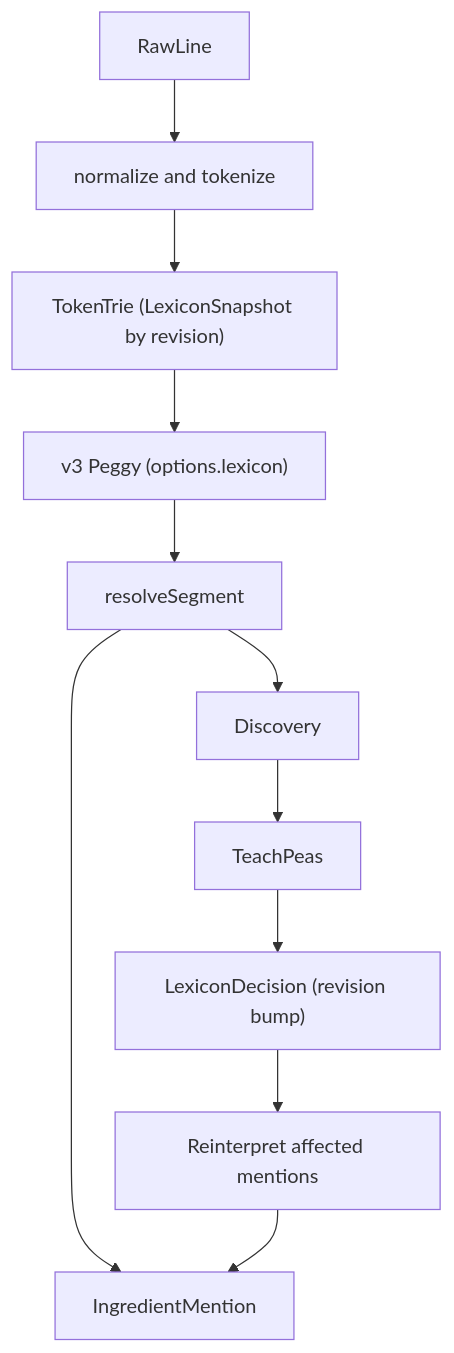
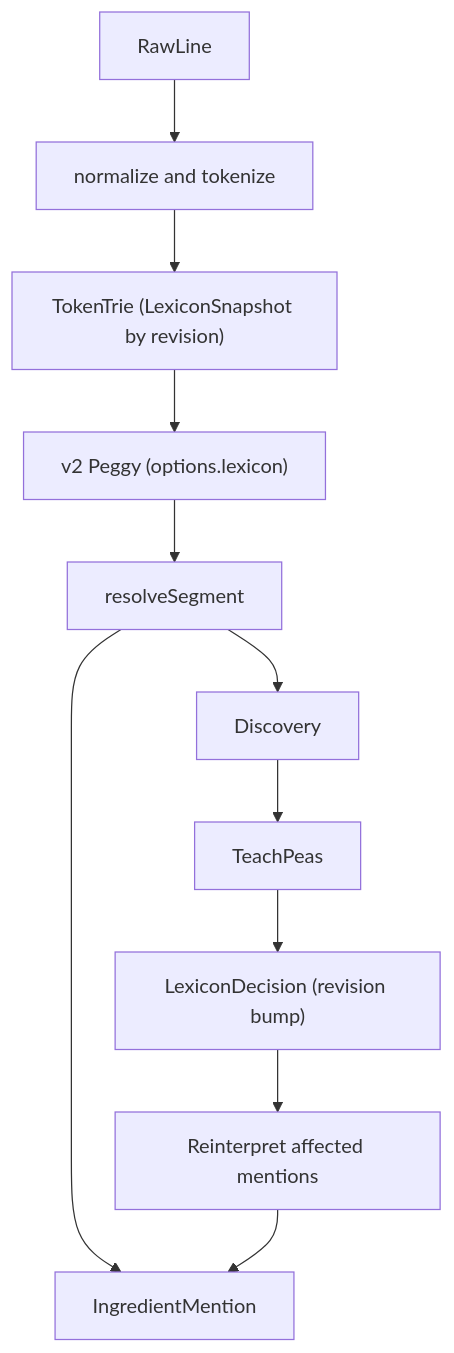
The second of 2 diagrams in docs/architecture/ingredient-ontology-rebuild.md (awehrman/peas), drawn with Mermaid before and after one commit. The commit also changed other lines of this file and 76 other files, not shown here.

````diff
--- a/docs/architecture/ingredient-ontology-rebuild.md
+++ b/docs/architecture/ingredient-ontology-rebuild.md
@@ -45,13 +62,13 @@
 ```mermaid
 flowchart TD
   raw[RawLine] --> norm["normalize and tokenize"]
   norm --> trie["TokenTrie (LexiconSnapshot by revision)"]
-  trie --> peggy["v3 Peggy (options.lexicon)"]
+  trie --> peggy["v2 Peggy (options.lexicon)"]
   peggy --> resolver[resolveSegment]
   resolver --> mention[IngredientMention]
   resolver --> discovery[Discovery]
   discovery --> teach[TeachPeas]
   teach --> decision["LexiconDecision (revision bump)"]
   decision --> reinterpret[Reinterpret affected mentions]
   reinterpret --> mention
 ```
````
